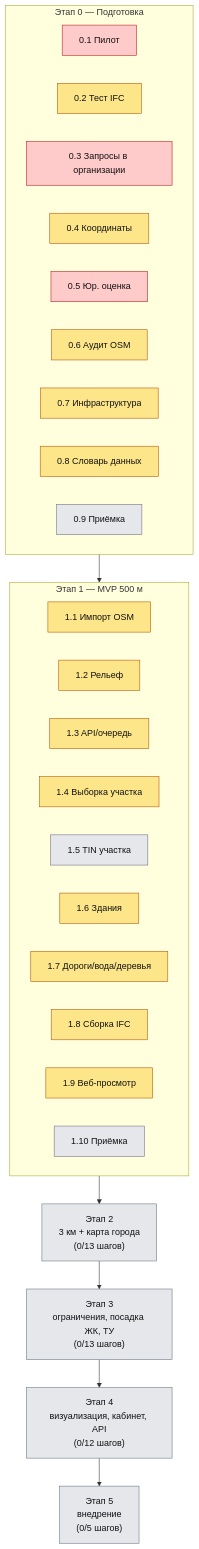
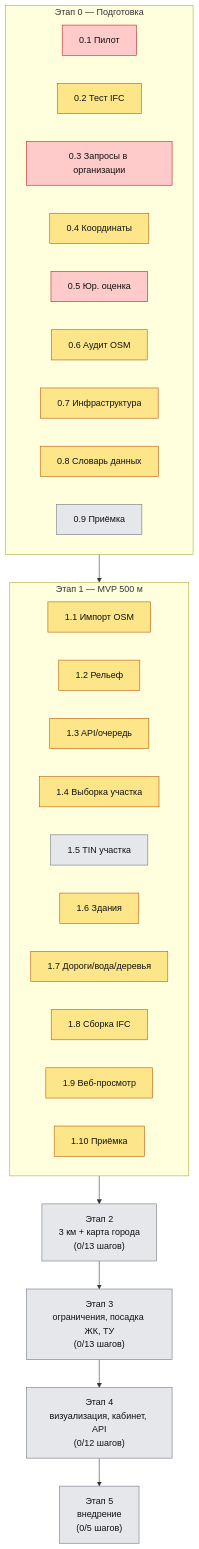
Before and after one commit to senkinegor1803-byte/Topology-: the diagram in docs/dev-tree.md, drawn with Mermaid. The commit also changed other lines of this file and 4 other files, not shown here.

````diff
--- a/docs/dev-tree.md
+++ b/docs/dev-tree.md
@@ -18,40 +18,40 @@
 ```mermaid
 flowchart TD
     subgraph E0["Этап 0 — Подготовка"]
         direction LR
         S01["0.1 Пилот"]:::blocked
         S02["0.2 Тест IFC"]:::partial
         S03["0.3 Запросы в организации"]:::blocked
         S04["0.4 Координаты"]:::partial
         S05["0.5 Юр. оценка"]:::blocked
         S06["0.6 Аудит OSM"]:::partial
         S07["0.7 Инфраструктура"]:::partial
         S08["0.8 Словарь данных"]:::partial
         S09["0.9 Приёмка"]:::notstarted
     end
 
     subgraph E1["Этап 1 — MVP 500 м"]
         direction LR
         S11["1.1 Импорт OSM"]:::partial
         S12["1.2 Рельеф"]:::partial
         S13["1.3 API/очередь"]:::partial
         S14["1.4 Выборка участка"]:::partial
         S15["1.5 TIN участка"]:::notstarted
         S16["1.6 Здания"]:::partial
         S17["1.7 Дороги/вода/деревья"]:::partial
         S18["1.8 Сборка IFC"]:::partial
         S19["1.9 Веб-просмотр"]:::partial
-        S110["1.10 Приёмка"]:::notstarted
+        S110["1.10 Приёмка"]:::partial
     end
 
     E2["Этап 2<br/>3 км + карта города<br/>(0/13 шагов)"]:::notstarted
     E3["Этап 3<br/>ограничения, посадка ЖК, ТУ<br/>(0/13 шагов)"]:::notstarted
     E4["Этап 4<br/>визуализация, кабинет, API<br/>(0/12 шагов)"]:::notstarted
     E5["Этап 5<br/>внедрение<br/>(0/5 шагов)"]:::notstarted
 
     E0 --> E1 --> E2 --> E3 --> E4 --> E5
 
     classDef partial fill:#fde68a,stroke:#b45309,color:#111;
     classDef blocked fill:#fecaca,stroke:#b91c1c,color:#111;
     classDef notstarted fill:#e5e7eb,stroke:#6b7280,color:#111;
 ```
````
